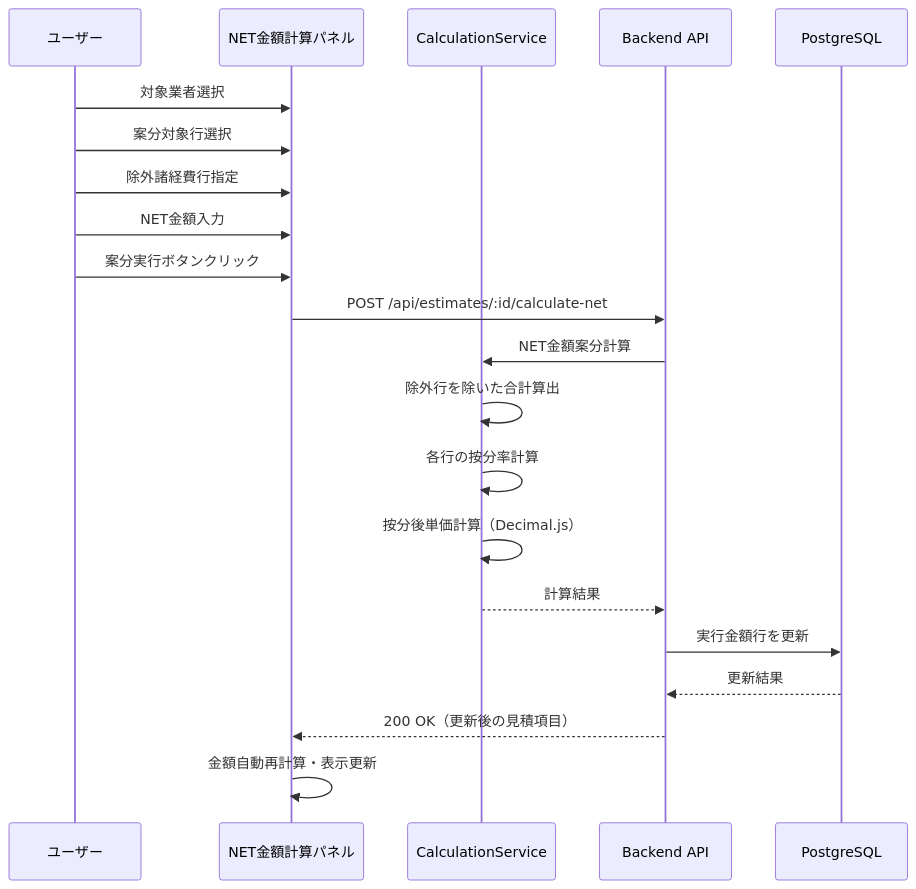
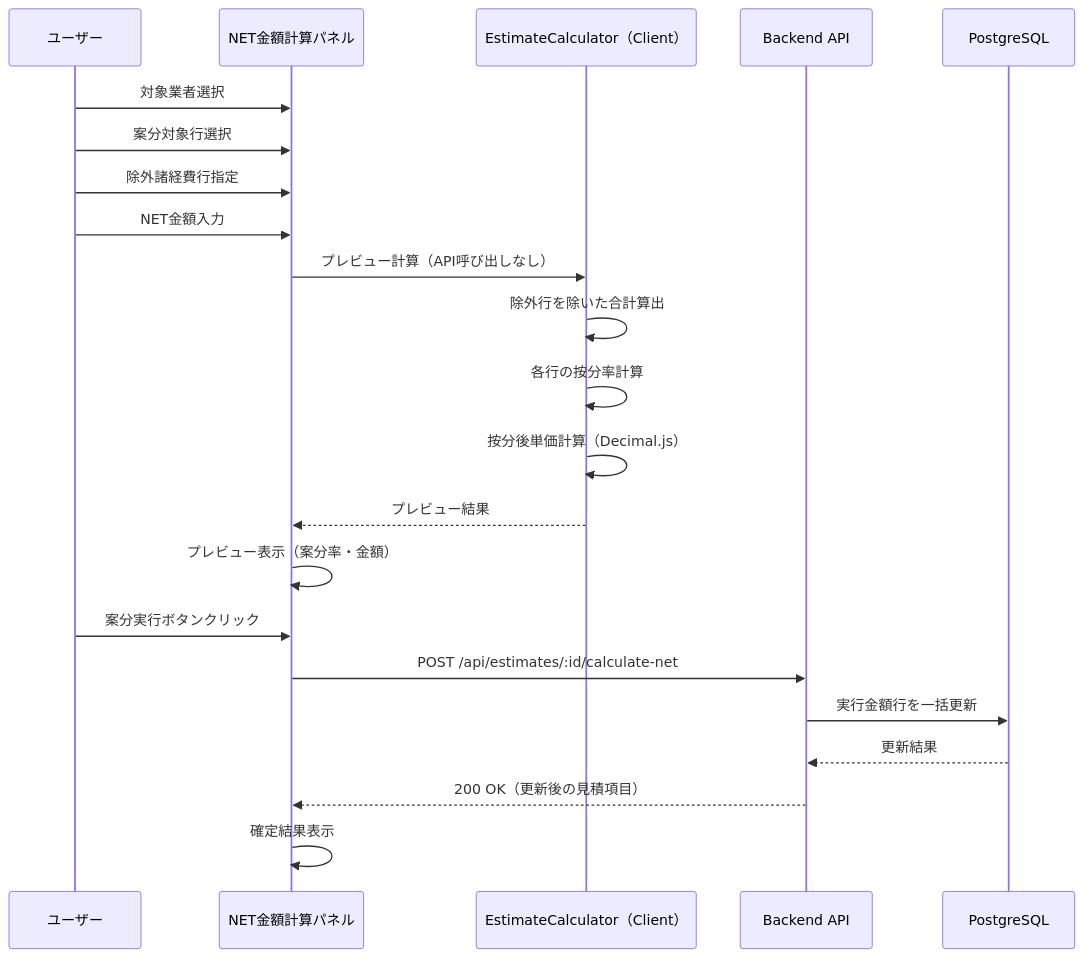
Before and after one commit to inakanou/ArchiTrack: the fourth of 7 diagrams in .kiro/specs/estimate-creation/design.md, drawn with Mermaid. The commit also changed other lines of this file and 1 other file, not shown here.

````diff
--- a/.kiro/specs/estimate-creation/design.md
+++ b/.kiro/specs/estimate-creation/design.md
@@ -203,24 +203,25 @@
 ```mermaid
 sequenceDiagram
     participant User as ユーザー
     participant UI as NET金額計算パネル
-    participant Calc as CalculationService
+    participant ClientCalc as EstimateCalculator（Client）
     participant API as Backend API
     participant DB as PostgreSQL
 
     User->>UI: 対象業者選択
     User->>UI: 案分対象行選択
     User->>UI: 除外諸経費行指定
     User->>UI: NET金額入力
+    UI->>ClientCalc: プレビュー計算（API呼び出しなし）
+    ClientCalc->>ClientCalc: 除外行を除いた合計算出
+    ClientCalc->>ClientCalc: 各行の按分率計算
+    ClientCalc->>ClientCalc: 按分後単価計算（Decimal.js）
+    ClientCalc-->>UI: プレビュー結果
+    UI->>UI: プレビュー表示（案分率・金額）
     User->>UI: 案分実行ボタンクリック
     UI->>API: POST /api/estimates/:id/calculate-net
-    API->>Calc: NET金額案分計算
-    Calc->>Calc: 除外行を除いた合計算出
-    Calc->>Calc: 各行の按分率計算
-    Calc->>Calc: 按分後単価計算（Decimal.js）
-    Calc-->>API: 計算結果
-    API->>DB: 実行金額行を更新
+    API->>DB: 実行金額行を一括更新
     DB-->>API: 更新結果
     API-->>UI: 200 OK（更新後の見積項目）
-    UI->>UI: 金額自動再計算・表示更新
+    UI->>UI: 確定結果表示
 ```
````
